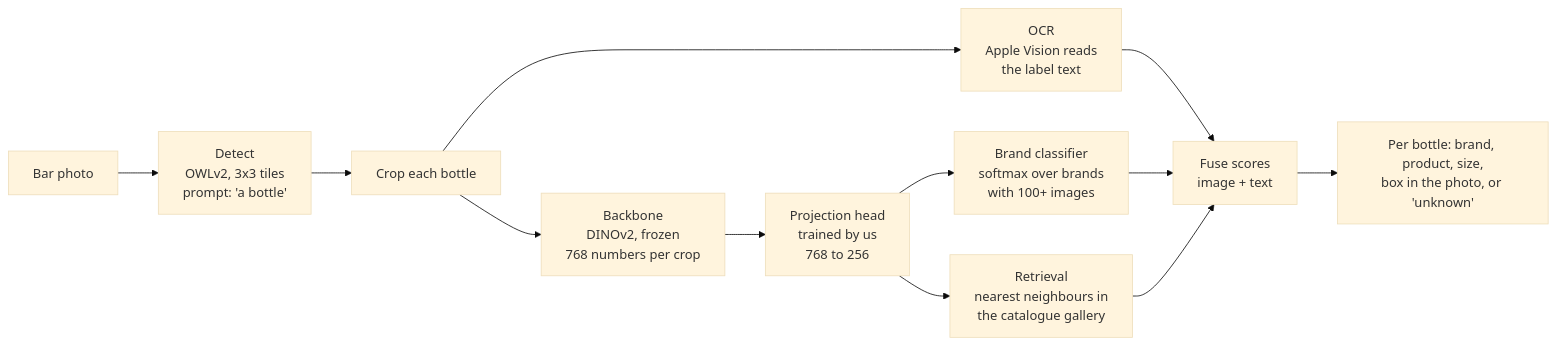
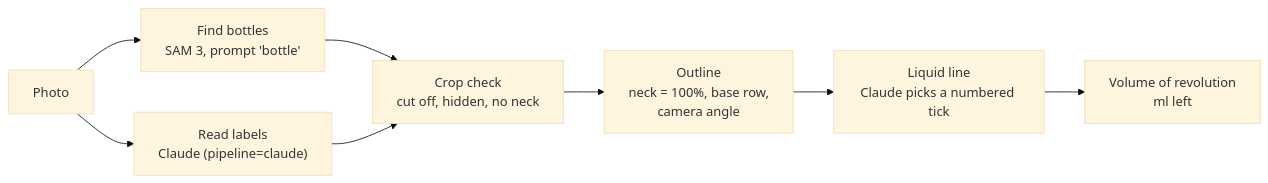
Before and after one commit to brgmry/backbar-vision: the diagram in README.md, drawn with Mermaid (base theme). The commit also changed other lines of this file and 2 other files, not shown here.

First line of the commit message:
Rewrite README and CLAUDE.md for the current pipeline and results

````diff
--- a/README.md
+++ b/README.md
@@ -14,14 +34,10 @@
 ```mermaid
 flowchart LR
-    P[Bar photo] --> D["Detect<br/>OWLv2, 3x3 tiles<br/>prompt: 'a bottle'"]
-    D --> C[Crop each bottle]
-    C --> B["Backbone<br/>DINOv2, frozen<br/>768 numbers per crop"]
-    B --> H["Projection head<br/>trained by us<br/>768 to 256"]
-    H --> K["Brand classifier<br/>softmax over brands<br/>with 100+ images"]
-    H --> R["Retrieval<br/>nearest neighbours in<br/>the catalogue gallery"]
-    C --> O["OCR<br/>Apple Vision reads<br/>the label text"]
-    O --> F
-    K --> F["Fuse scores<br/>image + text"]
-    R --> F
-    F --> Out["Per bottle: brand, product, size,<br/>box in the photo, or 'unknown'"]
+    P[Photo] --> F["Find bottles<br/>SAM 3, prompt 'bottle'"]
+    P --> C["Read labels<br/>Claude (pipeline=claude)"]
+    F --> Q["Crop check<br/>cut off, hidden, no neck"]
+    C --> Q
+    Q --> O["Outline<br/>neck = 100%, base row,<br/>camera angle"]
+    O --> L["Liquid line<br/>Claude picks a numbered tick"]
+    L --> V["Volume of revolution<br/>ml left"]
 ```
````
